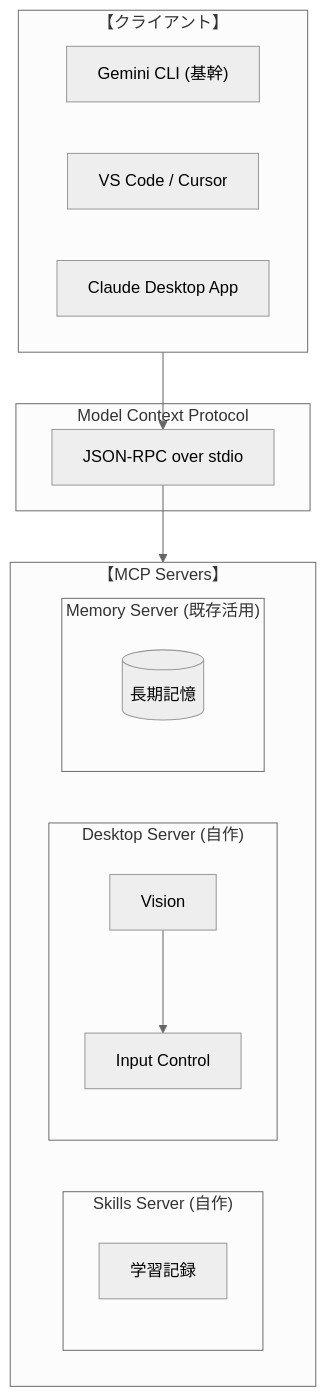
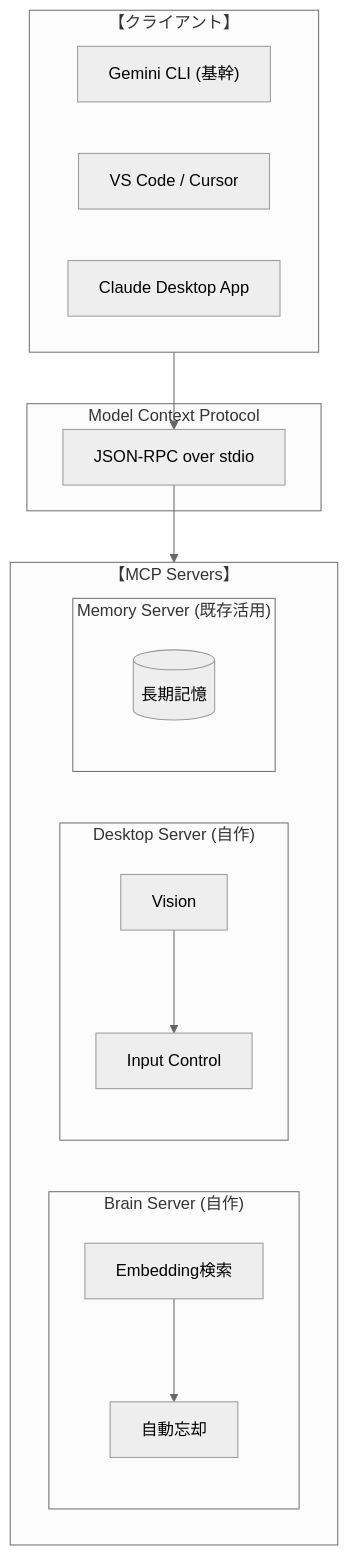
One commit to tomoharu-hayashi/jarvis changed the diagram in README.md. Above: the diagram before and after it, drawn with Mermaid (neutral theme). The commit also changed other lines of this file, not shown here.

Commit message:
feat: Brain Serverを追加し、Embedding検索と自動忘却の機能を統合

````diff
--- a/README.md
+++ b/README.md
@@ -56,26 +56,26 @@
 ```mermaid
 graph TD
     subgraph Clients ["【クライアント】"]
         ClientA["Gemini CLI (基幹)"]
         ClientB["VS Code / Cursor"]
         ClientC["Claude Desktop App"]
     end
 
     subgraph MCP ["Model Context Protocol"]
         Pipe[JSON-RPC over stdio]
     end
 
     subgraph Servers ["【MCP Servers】"]
-        subgraph Skills ["Skills Server (自作)"]
-            Learning["学習記録"]
+        subgraph Brain ["Brain Server (自作)"]
+            EmbeddingSearch["Embedding検索"] --> AutoForget["自動忘却"]
         end
         subgraph Desktop ["Desktop Server (自作)"]
             Vision[Vision] --> Input[Input Control]
         end
         subgraph Memory ["Memory Server (既存活用)"]
             VectorDB[("長期記憶")]
         end
     end
 
     Clients --> Pipe --> Servers
 ```
````
